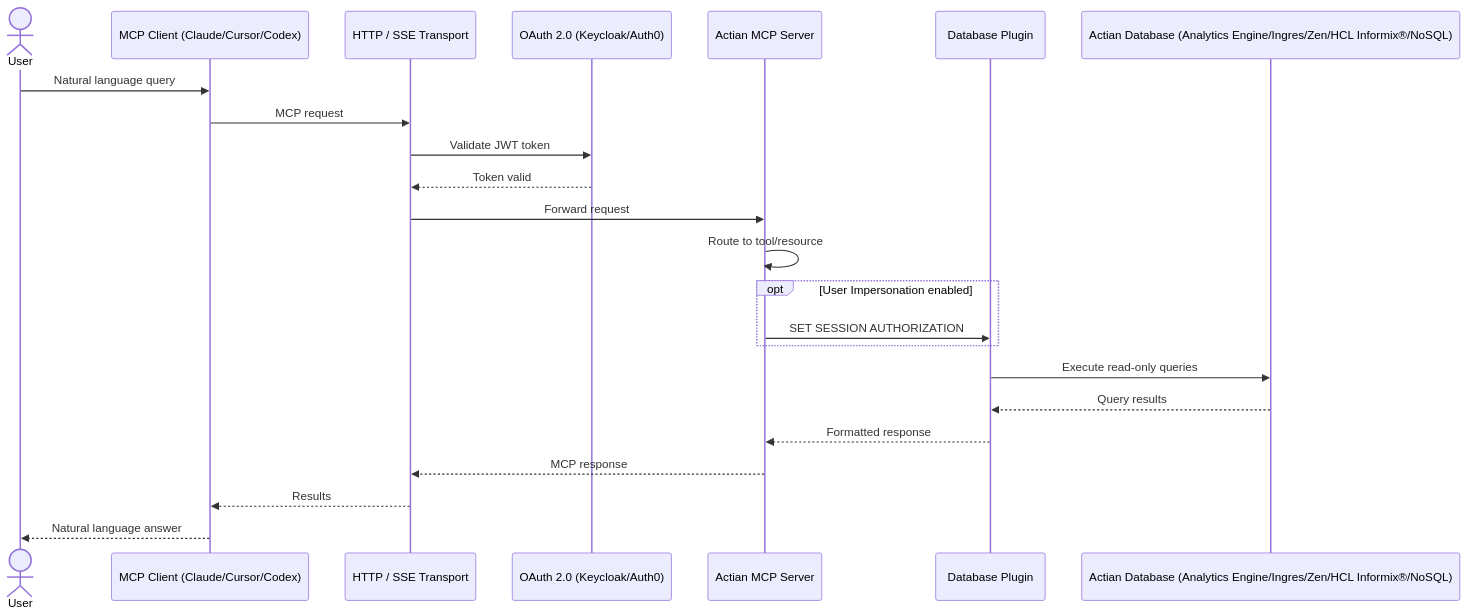
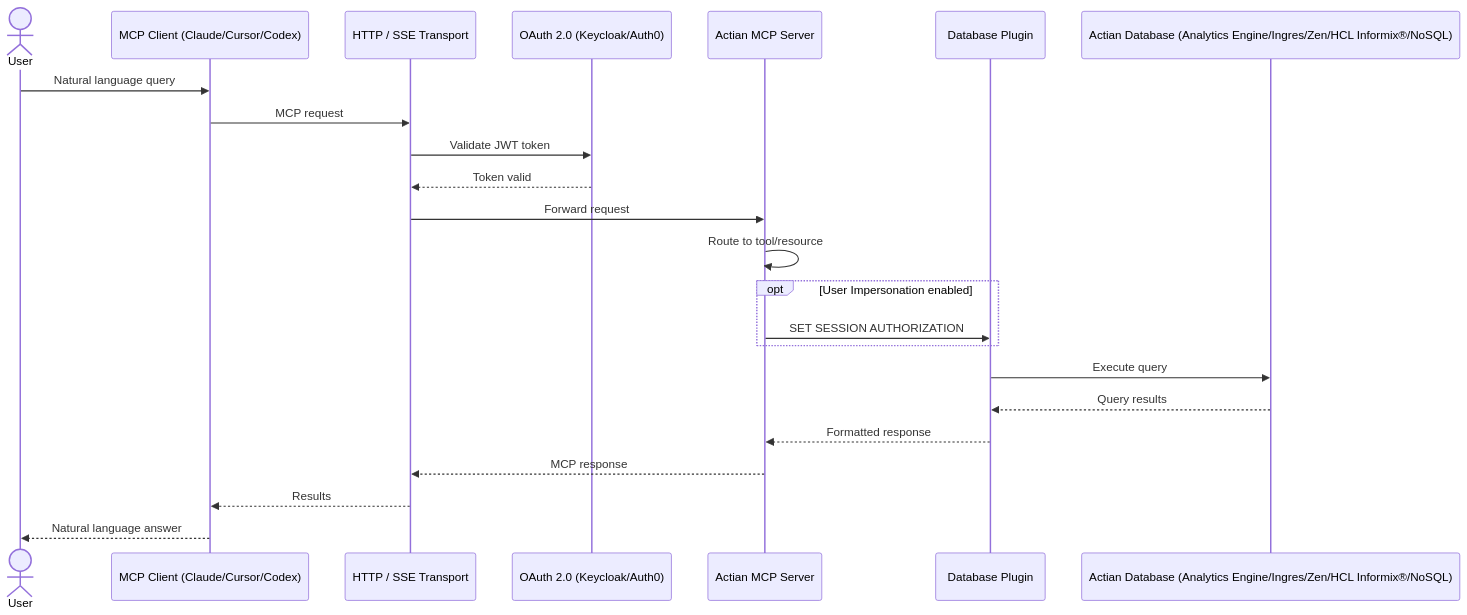
Before and after one commit to ActianCorp/mcp-server-docs: the second of 2 diagrams in docs/intro/index.md, drawn with Mermaid. The commit also changed 2 other files, not shown here.

Commit message:
docs: correct remaining read-only-only statements
Sweep for pre-1.1 wording that presented read-only as the server's only mode,
on the pages where write support is documented.

- Reword the Ingres and Analytics Engine introductions, the Analytics Engine
  page description, and its usage bullet.
- The end-to-end request flow diagram said the plugin executes read-only
  queries.

Left unchanged: query_mode value references, read-only volume mounts, MCP
resources (read-only by specification), and NoSQL (read-only in fact).

````diff
--- a/docs/intro/index.md
+++ b/docs/intro/index.md
@@ -115,31 +115,31 @@
 ```mermaid
 %%{init: {'theme': 'default', 'themeVariables': {'fontSize': '44px', 'fontFamily': 'arial'}}}%%
 sequenceDiagram
     actor User
     participant Client as MCP Client (Claude/Cursor/Codex)
     participant Transport as HTTP / SSE Transport
     participant Auth as OAuth 2.0 (Keycloak/Auth0)
     participant Server as Actian MCP Server
     participant Plugin as Database Plugin
     participant DB as Actian Database (Analytics Engine/Ingres/Zen/HCL Informix®/NoSQL)
 
     User->>Client: Natural language query
     Client->>Transport: MCP request
 
     Transport->>Auth: Validate JWT token
     Auth-->>Transport: Token valid
 
     Transport->>Server: Forward request
     Server->>Server: Route to tool/resource
 
     opt User Impersonation enabled
         Server->>Plugin: SET SESSION AUTHORIZATION
     end
 
-    Plugin->>DB: Execute read-only queries
+    Plugin->>DB: Execute query
     DB-->>Plugin: Query results
     Plugin-->>Server: Formatted response
     Server-->>Transport: MCP response
     Transport-->>Client: Results
     Client-->>User: Natural language answer
 ```
````
